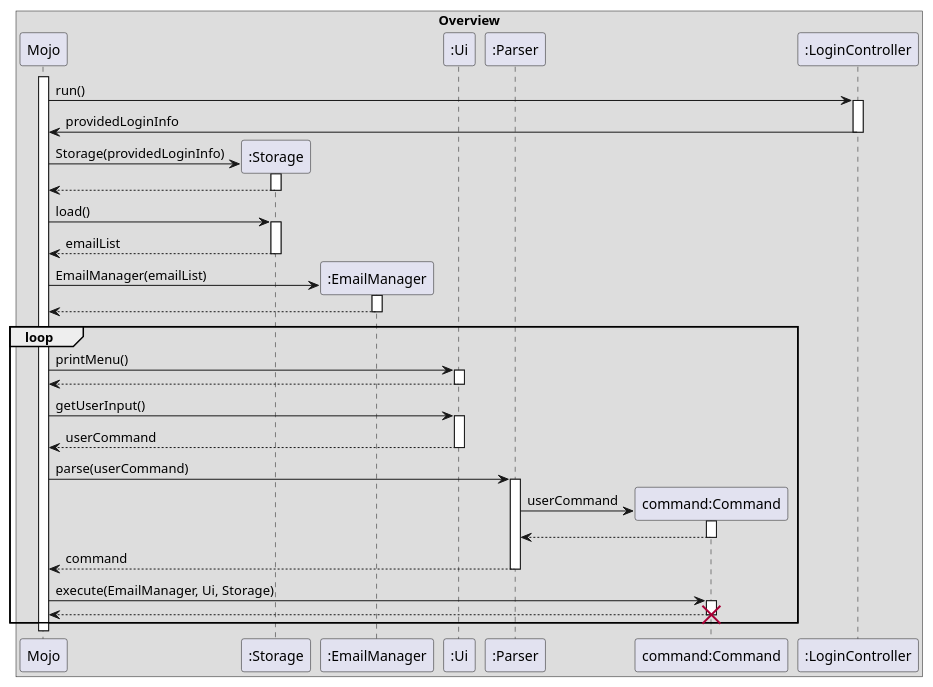
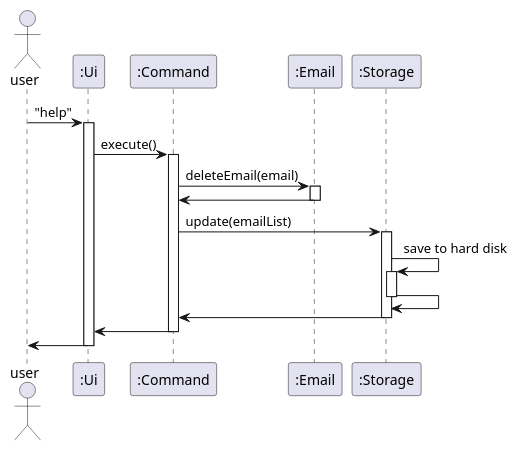
Before and after one commit to yanli1215/tp: the diagram in docs/Sequence Diagrams/OverviewSequenceDiagram.puml, drawn with PlantUML. The commit also changed 9 other files, not shown here.

Commit message:
Add content page, simplify diagrams

```diff
--- a/docs/Sequence Diagrams/OverviewSequenceDiagram.puml
+++ b/docs/Sequence Diagrams/OverviewSequenceDiagram.puml
@@ -1,66 +1,35 @@
 @startuml
 'https://plantuml.com/sequence-diagram
 
-activate Mojo
+actor user
+participant ":Ui" as Ui
+participant ":Command" as Command
+participant ":Email" as Email
+participant ":Storage" as Storage
 
-box Overview
-participant "Mojo" as Mojo
-participant ":Storage" as Storage
-participant ":EmailManager" as EmailManager
-participant ":Ui" as Ui
-participant ":Parser" as Parser
-participant "command:Command" as command
-participant ":LoginController" as lc
-end box
+user -> Ui: "help"
+activate Ui
+Ui -> Command: execute()
+activate Command
 
-Mojo -> lc: run()
-activate lc
-lc -> Mojo: providedLoginInfo
-deactivate lc
+Command -> Email :deleteEmail(email)
+activate Email
+Email -> Command
+deactivate Email
 
-create Storage
-Mojo -> Storage: Storage(providedLoginInfo)
+Command -> Storage: update(emailList)
 activate Storage
-Storage --> Mojo
+
+Storage -> Storage: save to hard disk
+activate Storage
+Storage -> Storage
 deactivate Storage
 
-Mojo -> Storage: load()
-activate Storage
-Storage --> Mojo: emailList
+Storage -> Command
 deactivate Storage
-
-create EmailManager
-Mojo -> EmailManager: EmailManager(emailList)
-activate EmailManager
-EmailManager --> Mojo
-deactivate EmailManager
-
-loop
-Mojo -> Ui: printMenu()
-activate Ui
-Ui --> Mojo
+Command -> Ui
+deactivate Command
+Ui -> user
 deactivate Ui
 
-Mojo -> Ui: getUserInput()
-activate Ui
-Ui --> Mojo: userCommand
-deactivate Ui
-
-Mojo -> Parser: parse(userCommand)
-activate Parser
-create command
-Parser -> command: userCommand
-activate command
-command --> Parser
-deactivate command
-Parser --> Mojo: command
-deactivate Parser
-
-Mojo -> command: execute(EmailManager, Ui, Storage)
-activate command
-command --> Mojo
-deactivate command
-destroy command
-end loop
-
 @enduml
```
